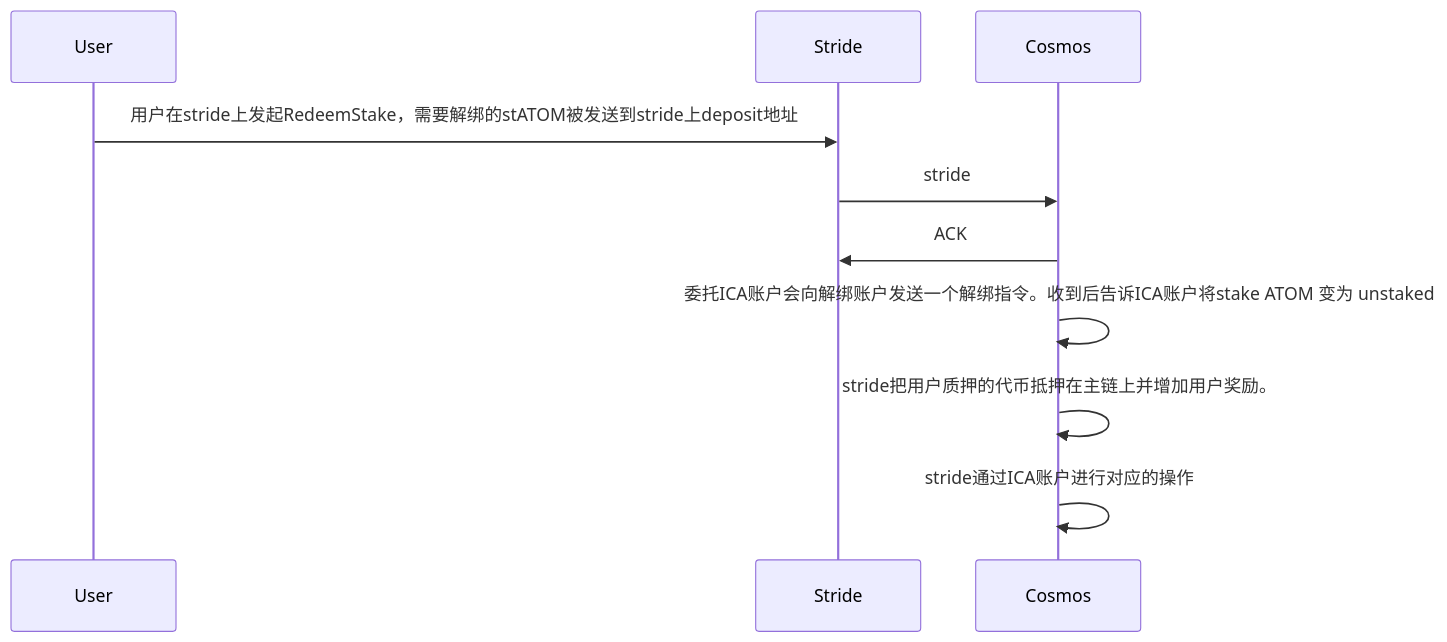
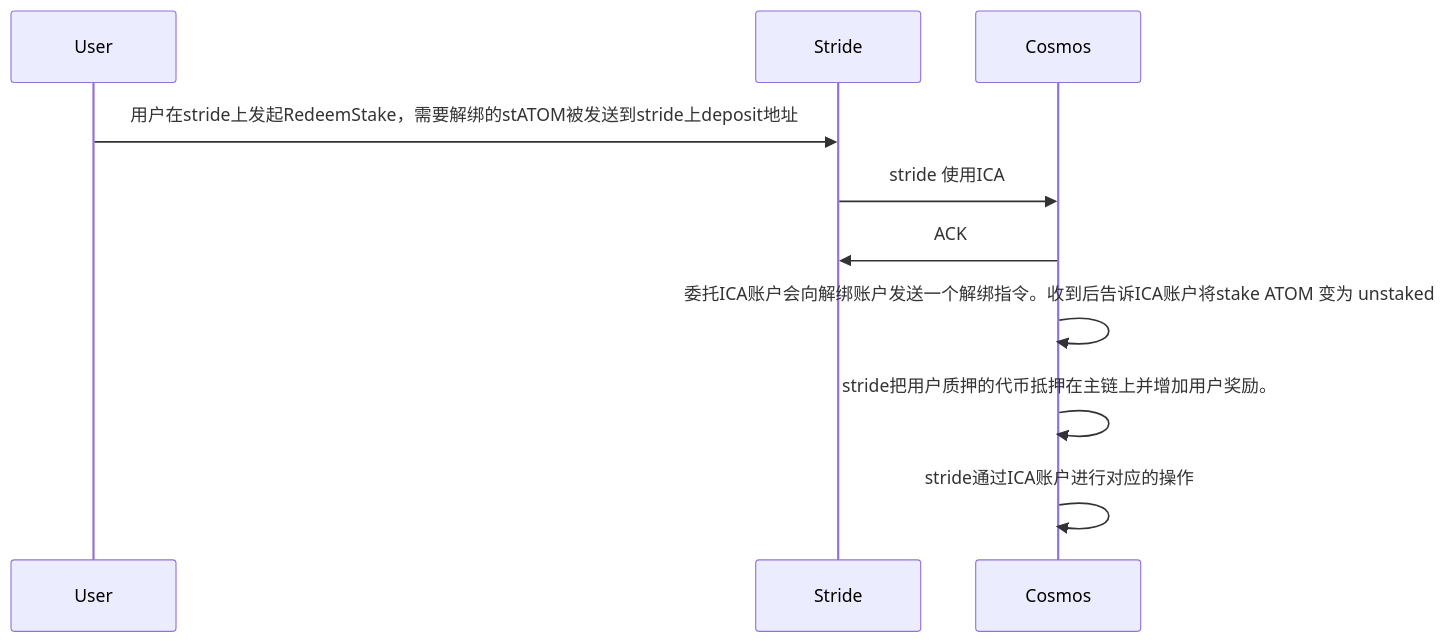
Before and after one commit to yingjianzh/iodraw-files: the diagram in all/unbonding.md, drawn with Mermaid.

Commit message:
2024-03-28 15:30:55 update

````diff
--- a/all/unbonding.md
+++ b/all/unbonding.md
@@ -1,9 +1,9 @@
 ```mermaid
 sequenceDiagram
     User->>Stride: 用户在stride上发起RedeemStake，需要解绑的stATOM被发送到stride上deposit地址
-    Stride->>Cosmos: stride 
+    Stride->>Cosmos: stride 使用ICA
     Cosmos->>Stride: ACK
     Cosmos->>Cosmos: 委托ICA账户会向解绑账户发送一个解绑指令。收到后告诉ICA账户将stake ATOM 变为 unstaked
     Cosmos->>Cosmos: stride把用户质押的代币抵押在主链上并增加用户奖励。
     Cosmos->>Cosmos: stride通过ICA账户进行对应的操作
 ```
````
